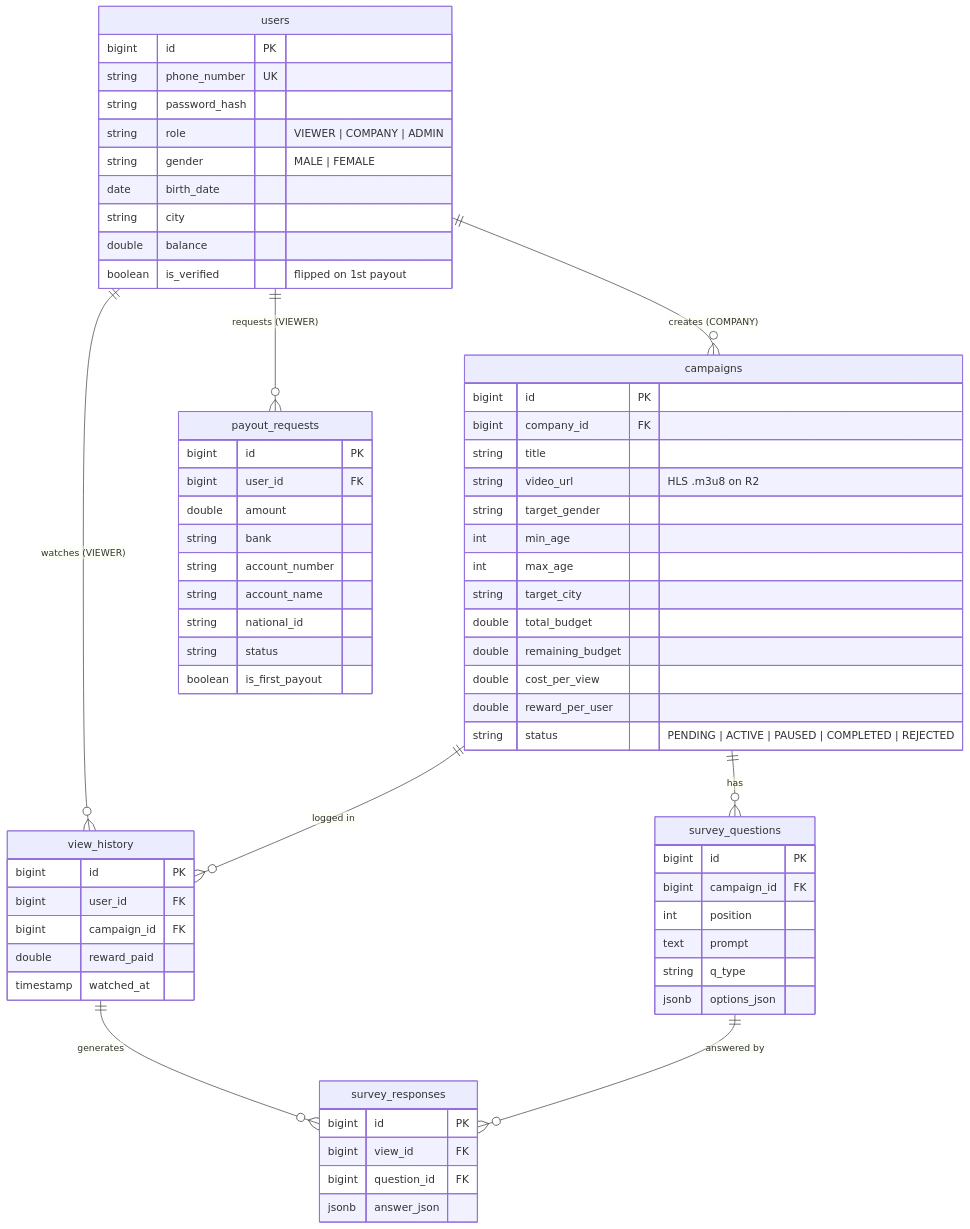
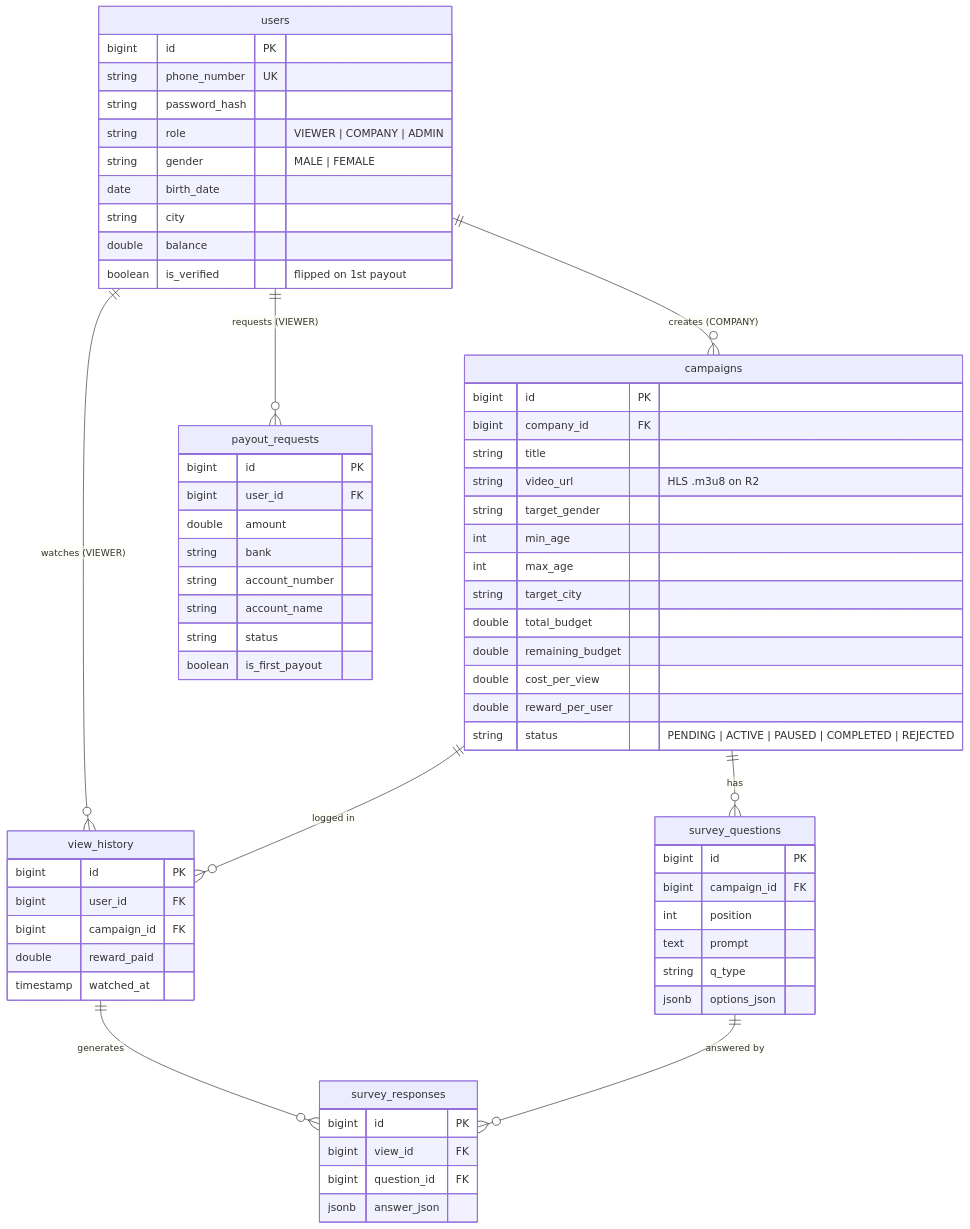
The second of 2 diagrams in README.md (JustTuruu/Uziy), drawn with Mermaid before and after one commit. The commit also changed other lines of this file and 149 other files, not shown here.

````diff
--- a/README.md
+++ b/README.md
@@ -400,69 +400,68 @@
 ```mermaid
 erDiagram
     users ||--o{ campaigns : "creates (COMPANY)"
     users ||--o{ view_history : "watches (VIEWER)"
     users ||--o{ payout_requests : "requests (VIEWER)"
     campaigns ||--o{ survey_questions : "has"
     campaigns ||--o{ view_history : "logged in"
     view_history ||--o{ survey_responses : "generates"
     survey_questions ||--o{ survey_responses : "answered by"
 
     users {
         bigint id PK
         string phone_number UK
         string password_hash
         string role "VIEWER | COMPANY | ADMIN"
         string gender "MALE | FEMALE"
         date birth_date
         string city
         double balance
         boolean is_verified "flipped on 1st payout"
     }
     campaigns {
         bigint id PK
         bigint company_id FK
         string title
         string video_url "HLS .m3u8 on R2"
         string target_gender
         int min_age
         int max_age
         string target_city
         double total_budget
         double remaining_budget
         double cost_per_view
         double reward_per_user
         string status "PENDING | ACTIVE | PAUSED | COMPLETED | REJECTED"
     }
     survey_questions {
         bigint id PK
         bigint campaign_id FK
         int position
         text prompt
         string q_type
         jsonb options_json
     }
     view_history {
         bigint id PK
         bigint user_id FK
         bigint campaign_id FK
         double reward_paid
         timestamp watched_at
     }
     survey_responses {
         bigint id PK
         bigint view_id FK
         bigint question_id FK
         jsonb answer_json
     }
     payout_requests {
         bigint id PK
         bigint user_id FK
         double amount
         string bank
         string account_number
         string account_name
-        string national_id
         string status
         boolean is_first_payout
     }
 ```
````
